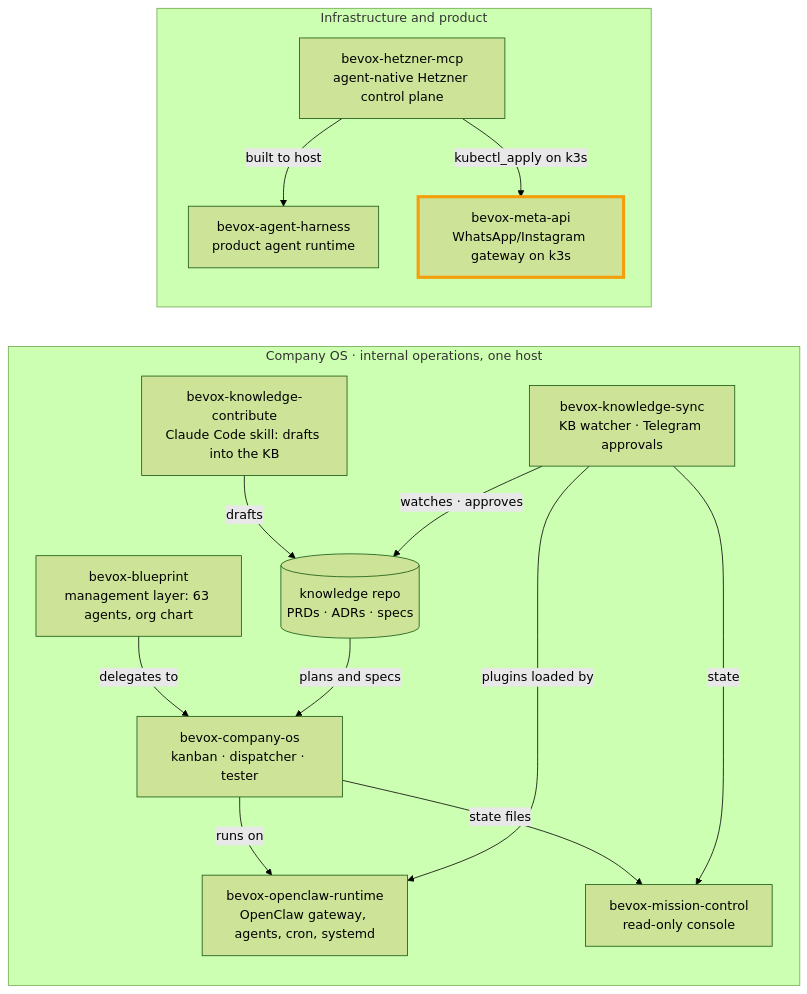
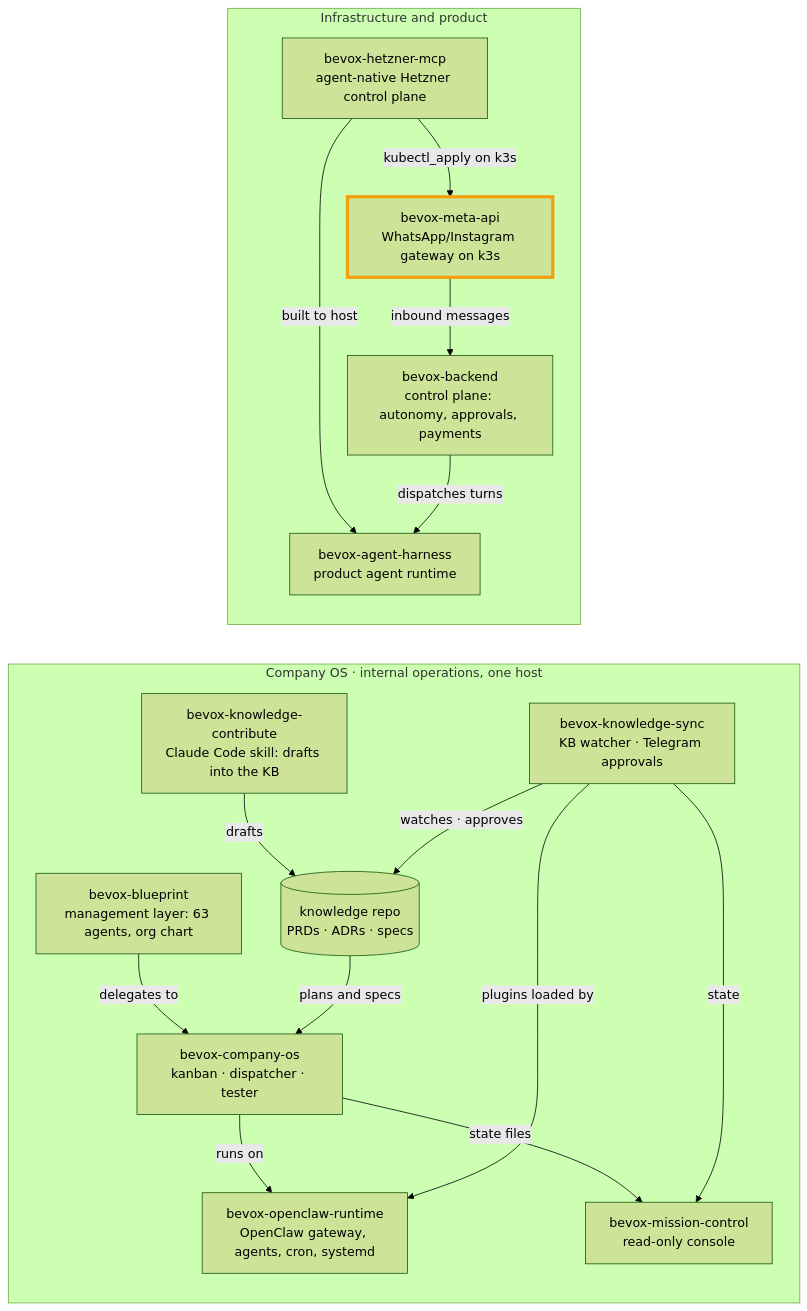
One commit to bernardTavares/bevox-meta-api changed the second of 2 diagrams in README.md. Above: the diagram before and after it, drawn with Mermaid (forest theme). The commit also changed other lines of this file, not shown here.

Commit message:
docs: add bevox-backend to the repo map
Claude-Session: https://claude.ai/code/session_01Qj817cr8c8u4ecWaCmkuX1

````diff
--- a/README.md
+++ b/README.md
@@ -114,31 +114,34 @@
 ```mermaid
 flowchart LR
   subgraph OPS["Company OS · internal operations, one host"]
     direction TB
     BP["bevox-blueprint<br/>management layer: 63 agents, org chart"]
     RT["bevox-openclaw-runtime<br/>OpenClaw gateway, agents, cron, systemd"]
     COS["bevox-company-os<br/>kanban · dispatcher · tester"]
     MC["bevox-mission-control<br/>read-only console"]
     KS["bevox-knowledge-sync<br/>KB watcher · Telegram approvals"]
     KC["bevox-knowledge-contribute<br/>Claude Code skill: drafts into the KB"]
     KB[("knowledge repo<br/>PRDs · ADRs · specs")]
   end
   subgraph INFRA["Infrastructure and product"]
     direction TB
     HZ["bevox-hetzner-mcp<br/>agent-native Hetzner control plane"]
     H["bevox-agent-harness<br/>product agent runtime"]
     MA["bevox-meta-api<br/>WhatsApp/Instagram gateway on k3s"]
+    BE["bevox-backend<br/>control plane: autonomy, approvals, payments"]
   end
   BP -->|delegates to| COS
   COS -->|runs on| RT
   KS -->|plugins loaded by| RT
   KC -->|drafts| KB
   KS -->|watches · approves| KB
   KB -->|plans and specs| COS
   COS -->|state files| MC
   KS -->|state| MC
   HZ -->|built to host| H
   HZ -->|kubectl_apply on k3s| MA
+  MA -->|inbound messages| BE
+  BE -->|dispatches turns| H
   classDef here stroke:#f59e0b,stroke-width:4px
   class MA here
 ```
````
